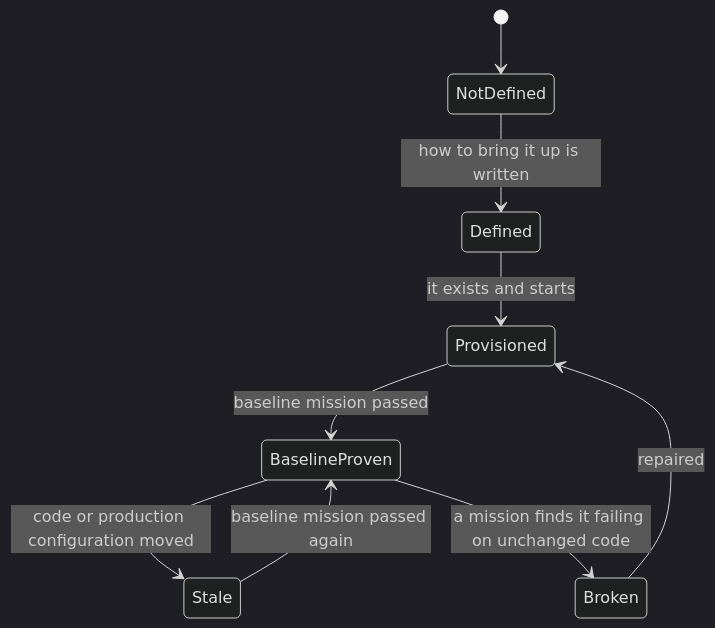
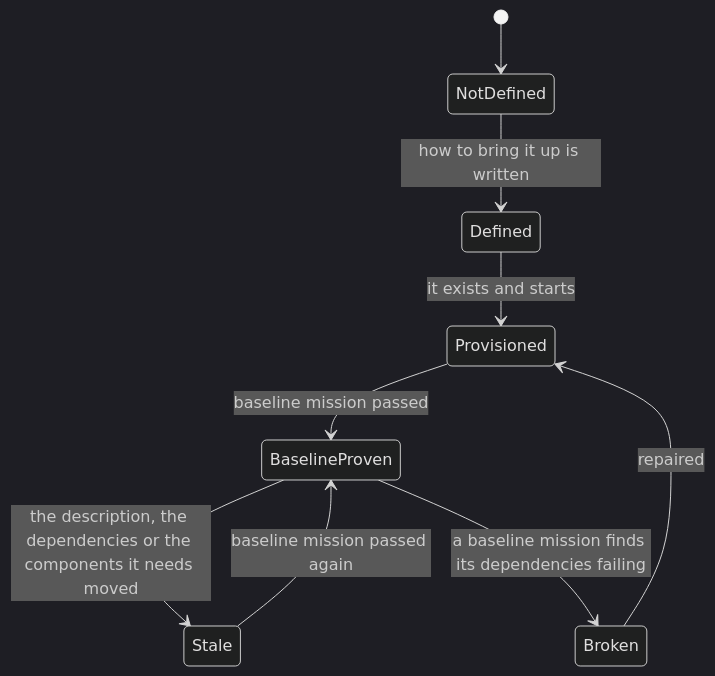
The seventh of 12 diagrams in docs/ARCHITECTURE.md (MafLabs38/orchestrarr), drawn with Mermaid (dark theme) before and after one commit. The commit also changed other lines of this file and 4 other files, not shown here.

Commit message:
docs: the baseline excludes the application under change everywhere, a failing first run is a fact, the escalation under a rule is proposed and counted in world order by the authority

````diff
--- a/docs/ARCHITECTURE.md
+++ b/docs/ARCHITECTURE.md
@@ -207,11 +207,11 @@
 ```mermaid
 stateDiagram-v2
     [*] --> NotDefined
     NotDefined --> Defined: how to bring it up is written
     Defined --> Provisioned: it exists and starts
     Provisioned --> BaselineProven: baseline mission passed
-    BaselineProven --> Stale: code or production configuration moved
+    BaselineProven --> Stale: the description, the dependencies or the components it needs moved
     Stale --> BaselineProven: baseline mission passed again
-    BaselineProven --> Broken: a mission finds it failing on unchanged code
+    BaselineProven --> Broken: a baseline mission finds its dependencies failing
     Broken --> Provisioned: repaired
 ```
````
